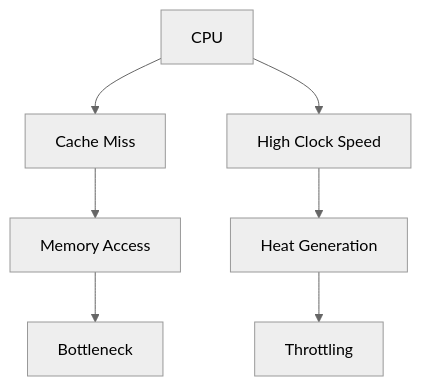
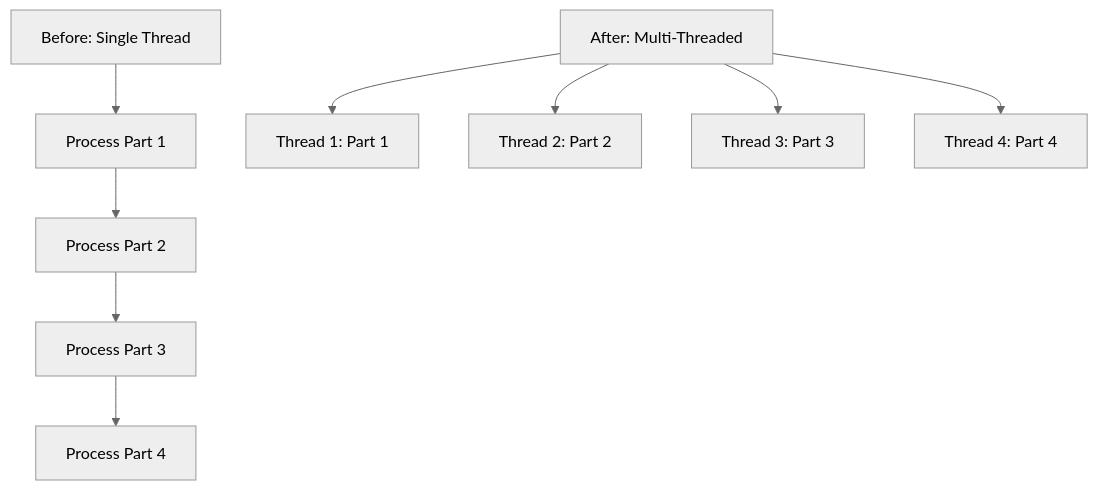
Before and after one commit to kcodedev/mkdocs: the first of 3 diagrams in docs/IG/3-hardware/computer-architecture/performance-factors.md, drawn with Mermaid (neutral theme). The commit also changed other lines of this file and 1 other file, not shown here.

````diff
--- a/docs/IG/3-hardware/computer-architecture/performance-factors.md
+++ b/docs/IG/3-hardware/computer-architecture/performance-factors.md
@@ -38,9 +11,12 @@
 ```mermaid
-graph TD;
-A[CPU] --> B[Cache Miss];
-B --> C[Memory Access];
-C --> D[Bottleneck];
-A --> E[High Clock Speed];
-E --> F[Heat Generation];
-F --> G[Throttling];
+flowchart TD
+    A[Before: Single Thread] --> B[Process Part 1]
+    B --> C[Process Part 2]
+    C --> D[Process Part 3]
+    D --> E[Process Part 4]
+
+    F[After: Multi-Threaded] --> G[Thread 1: Part 1]
+    F --> H[Thread 2: Part 2]
+    F --> I[Thread 3: Part 3]
+    F --> J[Thread 4: Part 4]
 ```
````
